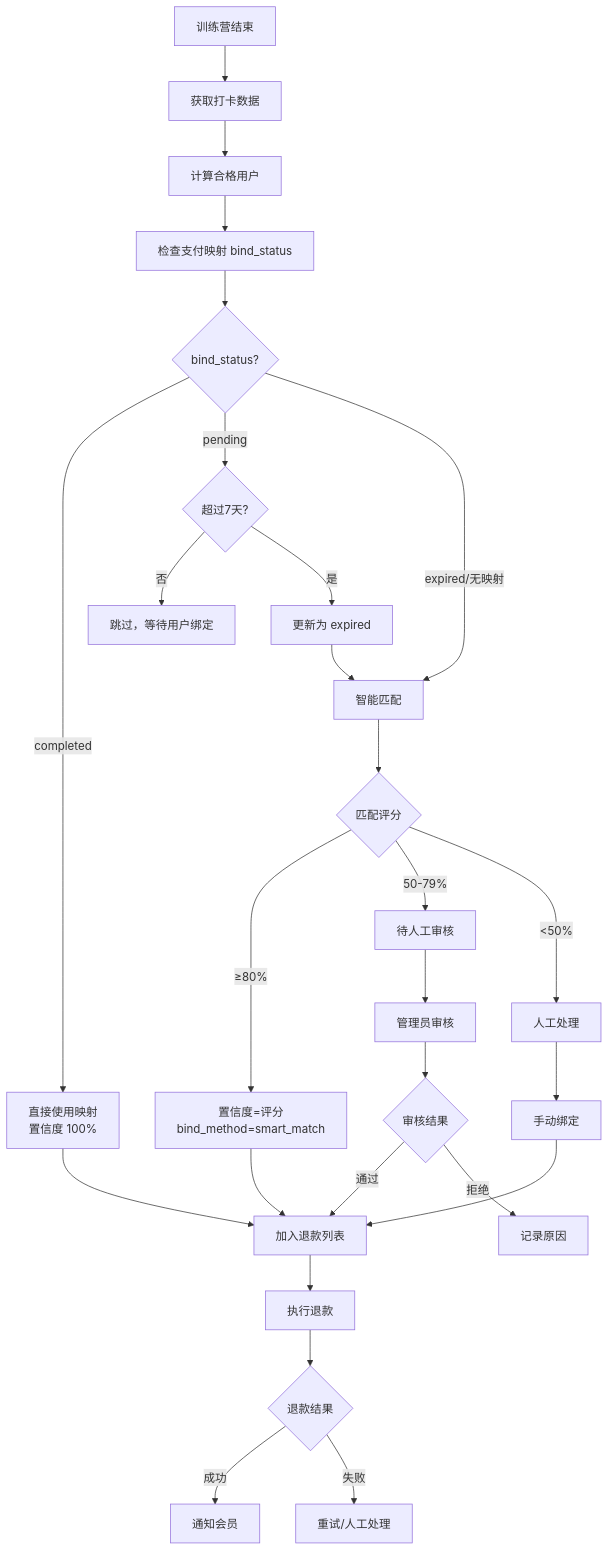
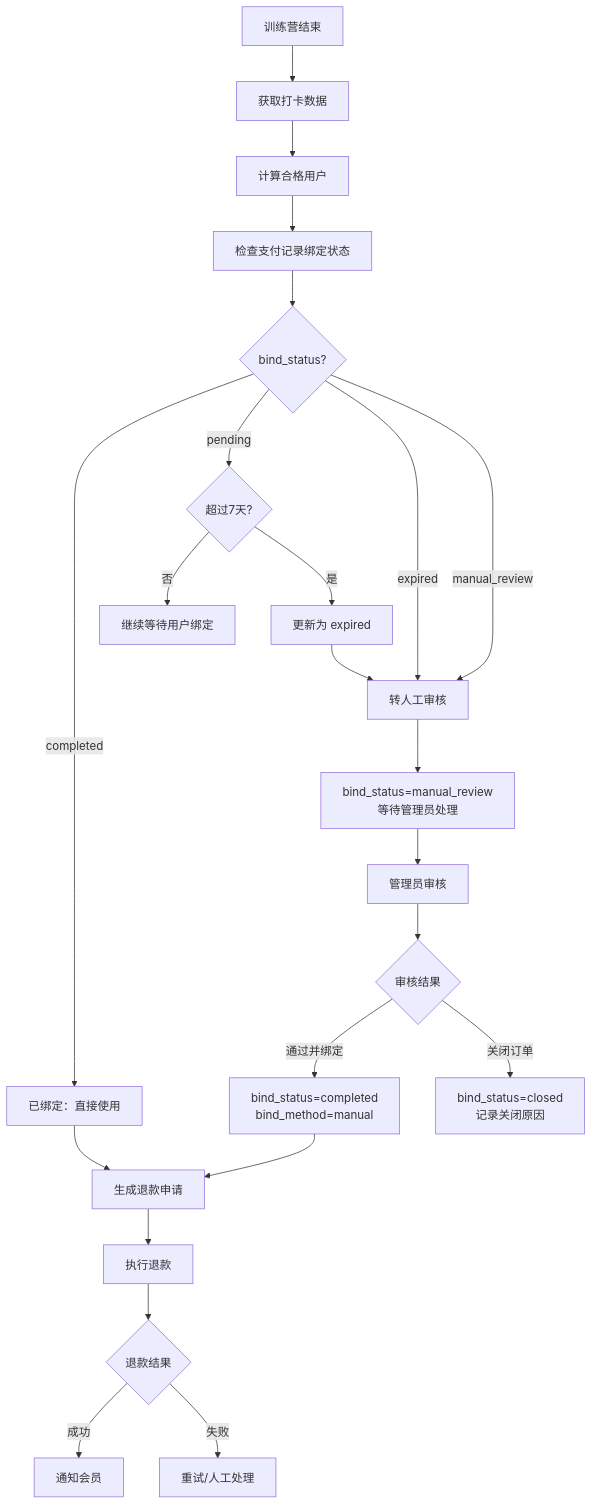
Before and after one commit to yiancode/AutoDepositRefundAgent: diagram 12 of 58 in docs/v1/技术方案.md, drawn with Mermaid. The commit also changed other lines of this file and 9 other files, not shown here.

````diff
--- a/docs/v1/技术方案.md
+++ b/docs/v1/技术方案.md
@@ -634,36 +749,31 @@
 ```mermaid
 flowchart TD
     A[训练营结束] --> B[获取打卡数据]
     B --> C[计算合格用户]
-    C --> D[检查支付映射 bind_status]
+    C --> D[检查支付记录绑定状态]
 
     D --> E{bind_status?}
-    E -->|completed| F[直接使用映射<br/>置信度 100%]
+    E -->|completed| F[已绑定：直接使用]
     E -->|pending| G{超过7天?}
-    E -->|expired/无映射| H[智能匹配]
+    E -->|expired| H[转人工审核]
+    E -->|manual_review| H
 
-    G -->|否| I[跳过，等待用户绑定]
+    G -->|否| I[继续等待用户绑定]
     G -->|是| J[更新为 expired]
     J --> H
 
-    H --> K{匹配评分}
-    K -->|≥80%| L[置信度=评分<br/>bind_method=smart_match]
-    K -->|50-79%| M[待人工审核]
-    K -->|<50%| N[人工处理]
+    H --> K[bind_status=manual_review<br/>等待管理员处理]
 
-    F --> O[加入退款列表]
-    L --> O
-    M --> P[管理员审核]
-    N --> Q[手动绑定]
+    F --> L[生成退款申请]
+    K --> M[管理员审核]
 
-    P --> R{审核结果}
-    R -->|通过| O
-    R -->|拒绝| S[记录原因]
+    M --> N{审核结果}
+    N -->|通过并绑定| O[bind_status=completed<br/>bind_method=manual]
+    N -->|关闭订单| P[bind_status=closed<br/>记录关闭原因]
 
-    Q --> O
-
-    O --> T[执行退款]
-    T --> U{退款结果}
-    U -->|成功| V[通知会员]
-    U -->|失败| W[重试/人工处理]
+    O --> L
+    L --> Q[执行退款]
+    Q --> R{退款结果}
+    R -->|成功| S[通知会员]
+    R -->|失败| T[重试/人工处理]
 ```
````
